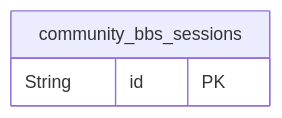
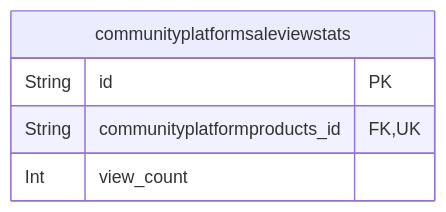
Before and after one commit to wrtnlabs/autobe-examples: the tenth of 10 diagrams in qwen/qwen3-next-80b-a3b-instruct/reddit/docs/ERD.md, drawn with Mermaid. The commit also changed other lines of this file and 6988 other files, not shown here.

````diff
--- a/qwen/qwen3-next-80b-a3b-instruct/reddit/docs/ERD.md
+++ b/qwen/qwen3-next-80b-a3b-instruct/reddit/docs/ERD.md
@@ -1705,6 +5017,8 @@
 ```mermaid
 erDiagram
-"community_bbs_sessions" {
+"communityplatformsaleviewstats" {
   String id PK
+  String communityplatformproducts_id FK,UK
+  Int view_count
 }
 ```
````
